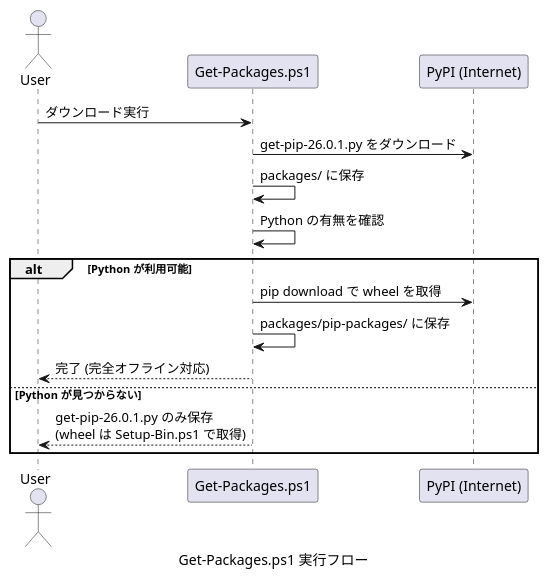
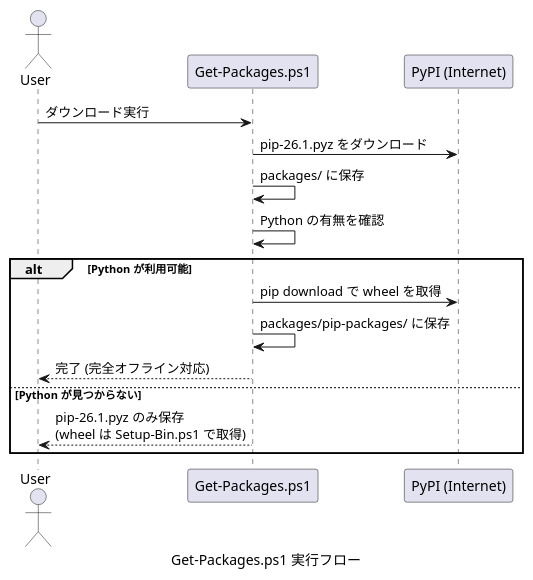
Before and after one commit to Hondarer/devbin-win: the third of 5 diagrams in docs-src/offline-pip-design.md, drawn with PlantUML. The commit also changed other lines of this file and 3 other files, not shown here.

````diff
--- a/docs-src/offline-pip-design.md
+++ b/docs-src/offline-pip-design.md
@@ -239,22 +238,22 @@
 ```plantuml
 @startuml Get-Packages.ps1 実行フロー
 caption Get-Packages.ps1 実行フロー
 actor User
 participant "Get-Packages.ps1" as GetPkg
 participant "PyPI (Internet)" as PyPI
 
 User -> GetPkg: ダウンロード実行
-GetPkg -> PyPI: get-pip-26.0.1.py をダウンロード
+GetPkg -> PyPI: pip-26.1.pyz をダウンロード
 GetPkg -> GetPkg: packages/ に保存
 
 GetPkg -> GetPkg: Python の有無を確認
 
 alt Python が利用可能
     GetPkg -> PyPI: pip download で wheel を取得
     GetPkg -> GetPkg: packages/pip-packages/ に保存
     GetPkg --> User: 完了 (完全オフライン対応)
 else Python が見つからない
-    GetPkg --> User: get-pip-26.0.1.py のみ保存\n(wheel は Setup-Bin.ps1 で取得)
+    GetPkg --> User: pip-26.1.pyz のみ保存\n(wheel は Setup-Bin.ps1 で取得)
 end
 @enduml
 ```
````
